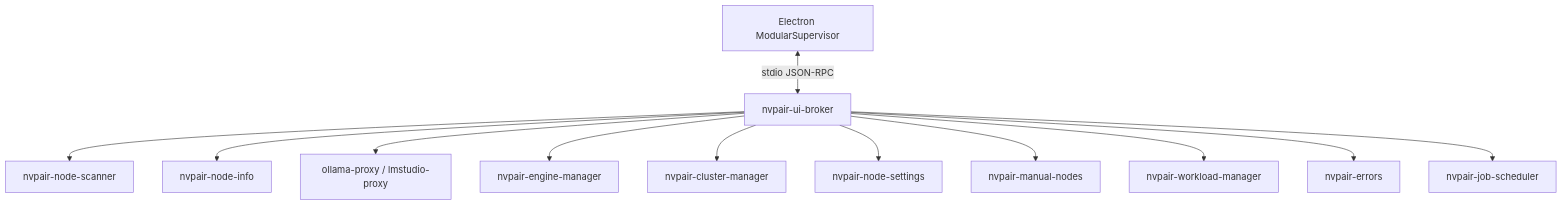
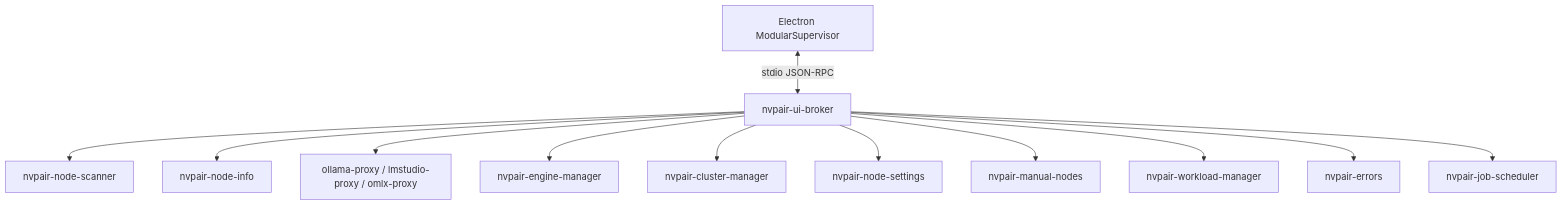
One commit to JaredP94/Personal-AI-Router changed the diagram in desktop/docs/services-backend.md. Above: the diagram before and after it, drawn with Mermaid. The commit also changed other lines of this file and 17 other files, not shown here.

````diff
--- a/desktop/docs/services-backend.md
+++ b/desktop/docs/services-backend.md
@@ -42,27 +43,27 @@
 ```mermaid
 flowchart TB
     Electron["Electron ModularSupervisor"]
     Broker["nvpair-ui-broker"]
     Scanner["nvpair-node-scanner"]
     NodeInfo["nvpair-node-info"]
-    Proxies["ollama-proxy / lmstudio-proxy"]
+    Proxies["ollama-proxy / lmstudio-proxy / omlx-proxy"]
     Engines["nvpair-engine-manager"]
     Cluster["nvpair-cluster-manager"]
     Settings["nvpair-node-settings"]
     Manual["nvpair-manual-nodes"]
     Workloads["nvpair-workload-manager"]
     Errors["nvpair-errors"]
     Scheduler["nvpair-job-scheduler"]
 
     Electron <-->|"stdio JSON-RPC"| Broker
     Broker --> Scanner
     Broker --> NodeInfo
     Broker --> Proxies
     Broker --> Engines
     Broker --> Cluster
     Broker --> Settings
     Broker --> Manual
     Broker --> Workloads
     Broker --> Errors
     Broker --> Scheduler
 ```
````
